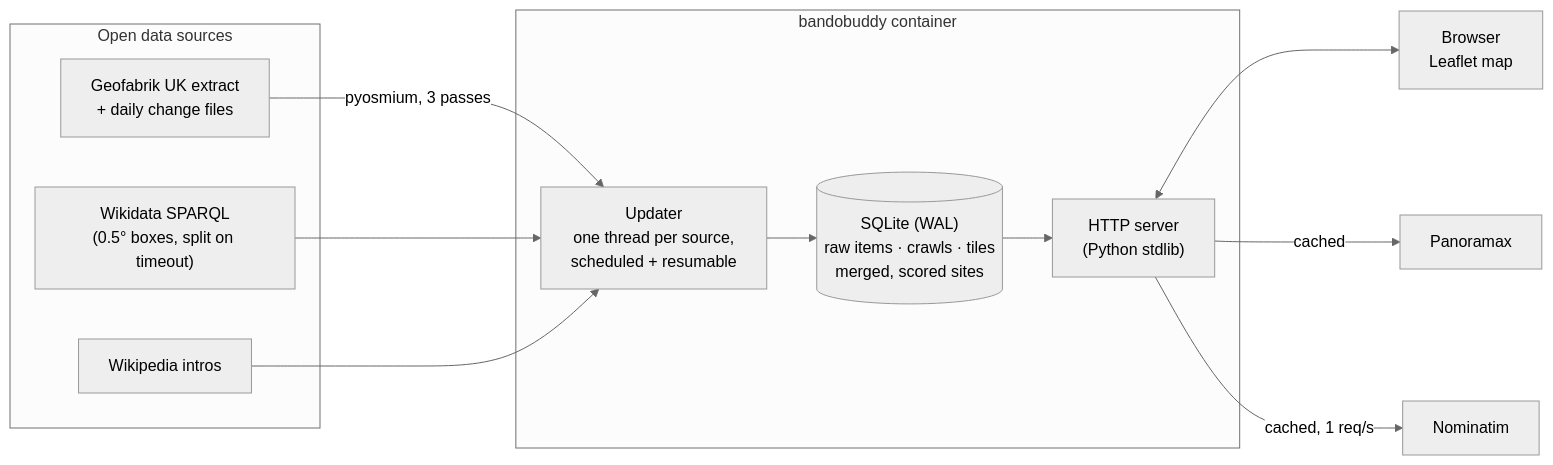
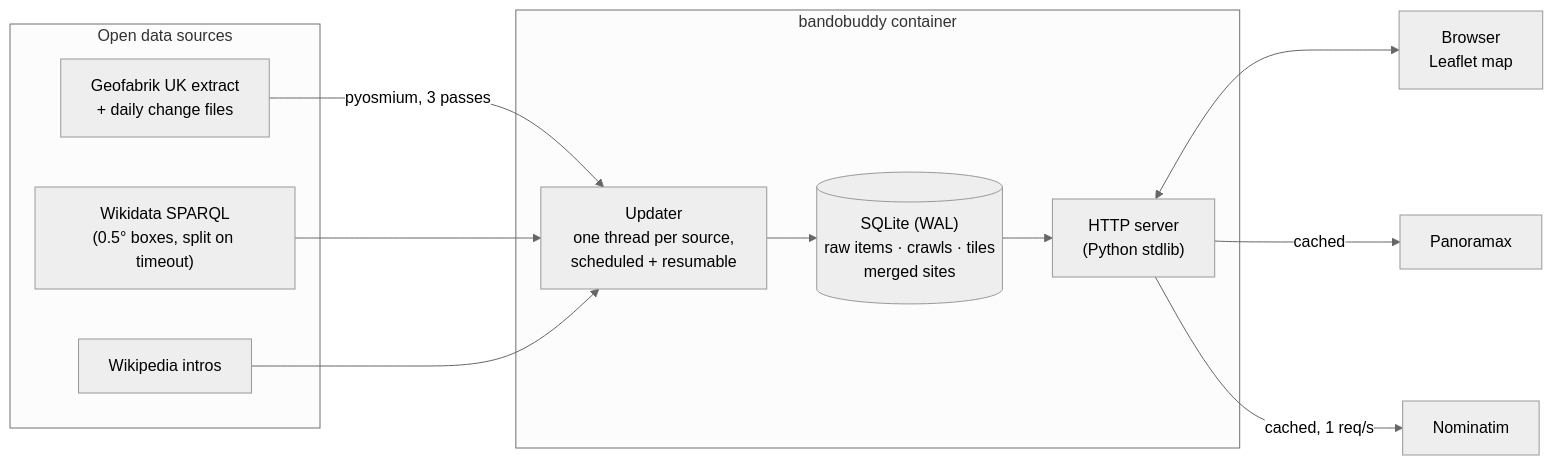
The diagram in README.md (aidenharwood/portfolio-python-bandobuddy), drawn with Mermaid (neutral theme) before and after one commit. The commit also changed other lines of this file and 12 other files, not shown here.

````diff
--- a/README.md
+++ b/README.md
@@ -20,24 +21,24 @@
 ```mermaid
 flowchart LR
   subgraph Sources["Open data sources"]
     GF["Geofabrik UK extract<br/>+ daily change files"]
     WD["Wikidata SPARQL<br/>(0.5° boxes, split on timeout)"]
     WP["Wikipedia intros"]
   end
   subgraph App["bandobuddy container"]
     UP["Updater<br/>one thread per source,<br/>scheduled + resumable"]
-    DB[("SQLite (WAL)<br/>raw items · crawls · tiles<br/>merged, scored sites")]
+    DB[("SQLite (WAL)<br/>raw items · crawls · tiles<br/>merged sites")]
     WEB["HTTP server<br/>(Python stdlib)"]
   end
   UI["Browser<br/>Leaflet map"]
   PX["Panoramax"]
   NM["Nominatim"]
   GF -->|pyosmium, 3 passes| UP
   WD --> UP
   WP --> UP
   UP --> DB
   DB --> WEB
   WEB <--> UI
   WEB -->|cached| PX
   WEB -->|cached, 1 req/s| NM
 ```
````
